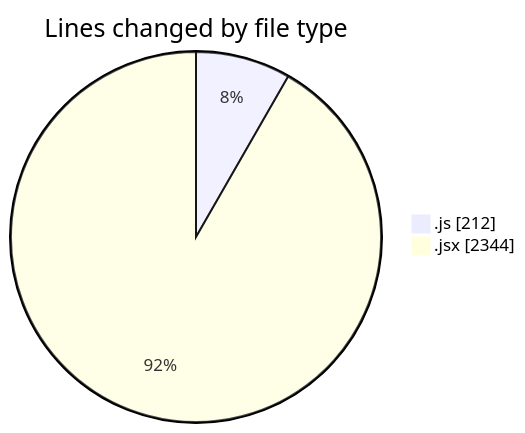
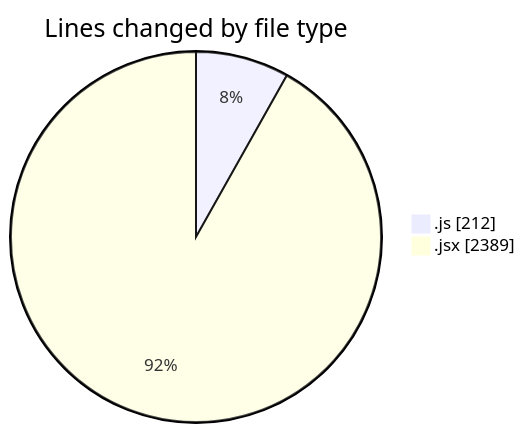
One commit to nxtqubesakshisongat/code-tracking changed the first of 2 diagrams in 2025-06-07/nxtqube_webapp/README.md. Above: the diagram before and after it, drawn with Mermaid. The commit also changed other lines of this file and 1 other file, not shown here.

````diff
--- a/2025-06-07/nxtqube_webapp/README.md
+++ b/2025-06-07/nxtqube_webapp/README.md
@@ -24,6 +24,6 @@
 ```mermaid
 pie showData
 title Lines changed by file type
 ".js" : 212
-".jsx" : 2344
+".jsx" : 2389
 ```
````
